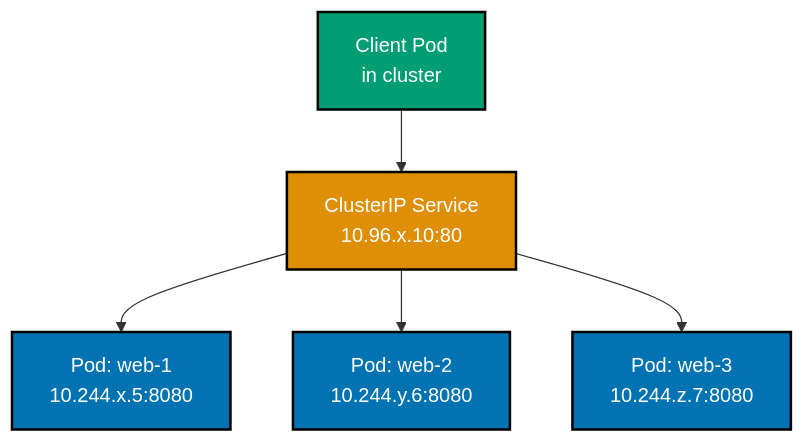
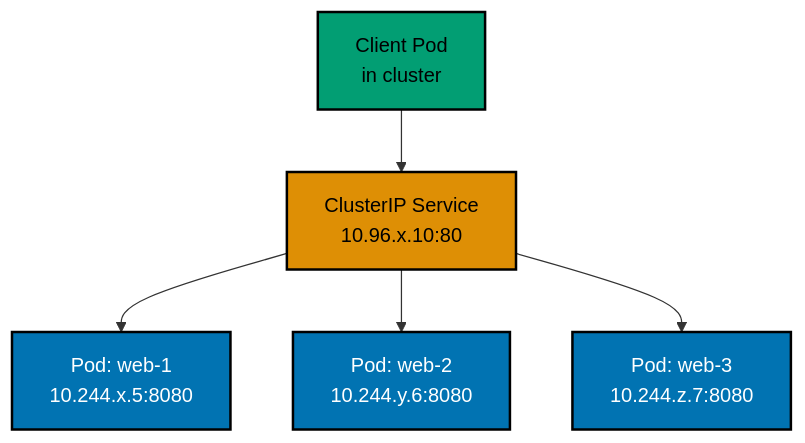
Before and after one commit to wahidyankf/ose-public: the sixth of 9 diagrams in apps/ayokoding-www/content/en/learn/legacy/software-engineering/infrastructure/tools/kubernetes/by-example/beginner.md, drawn with Mermaid. The commit also changed other lines of this file and 131 other files, not shown here.

First line of the commit message:
fix(mermaid): bring the legacy data, infrastructure, and testing diagrams onto the accessible palette

````diff
--- a/apps/ayokoding-www/content/en/learn/legacy/software-engineering/infrastructure/tools/kubernetes/by-example/beginner.md
+++ b/apps/ayokoding-www/content/en/learn/legacy/software-engineering/infrastructure/tools/kubernetes/by-example/beginner.md
@@ -900,15 +934,21 @@
 ```mermaid
 %% Color Palette: Blue #0173B2, Orange #DE8F05, Teal #029E73, Purple #CC78BC, Brown #CA9161
 %% ClusterIP Service architecture
 graph TD
+ accTitle: Example 13: ClusterIP Service
+ accDescr: Graph with 5 nodes and 4 connections. Nodes: ClusterIP Service 10.96.x.10:80, Pod: web-1 10.244.x.5:8080, Pod: web-2 10.244.y.6:8080, Pod: web-3 10.244.z.7:8080, Client Pod in cluster. Connections: ClusterIP Service 10.96.x.10:80 to Pod: web-1 10.244.x.5:8080, ClusterIP Service 10.96.x.10:80 to Pod: web-2 10.244.y.6:8080, ClusterIP Service 10.96.x.10:80 to Pod: web-3 10.244.z.7:8080, Client Pod in cluster to ClusterIP Service 10.96.x.10:80.
  A[ClusterIP Service<br/>10.96.x.10:80] --> B[Pod: web-1<br/>10.244.x.5:8080]
  A --> C[Pod: web-2<br/>10.244.y.6:8080]
  A --> D[Pod: web-3<br/>10.244.z.7:8080]
  E[Client Pod<br/>in cluster] --> A
 
- style A fill:#DE8F05,stroke:#000000,stroke-width:2px,color:#fff
- style B fill:#0173B2,stroke:#000000,stroke-width:2px,color:#fff
- style C fill:#0173B2,stroke:#000000,stroke-width:2px,color:#fff
- style D fill:#0173B2,stroke:#000000,stroke-width:2px,color:#fff
- style E fill:#029E73,stroke:#000000,stroke-width:2px,color:#fff
+ classDef pal-DE8F05 fill:#DE8F05,stroke:#000000,color:#000000,stroke-width:2px
+ class A pal-DE8F05
+ classDef pal-0173B2 fill:#0173B2,stroke:#000000,color:#FFFFFF,stroke-width:2px
+ class B pal-0173B2
+ class C pal-0173B2
+ class D pal-0173B2
+ classDef pal-029E73 fill:#029E73,stroke:#000000,color:#000000,stroke-width:2px
+ class E pal-029E73
+ classDef default fill:#FFFFFF,stroke:#000000,color:#000000
 ```
````
